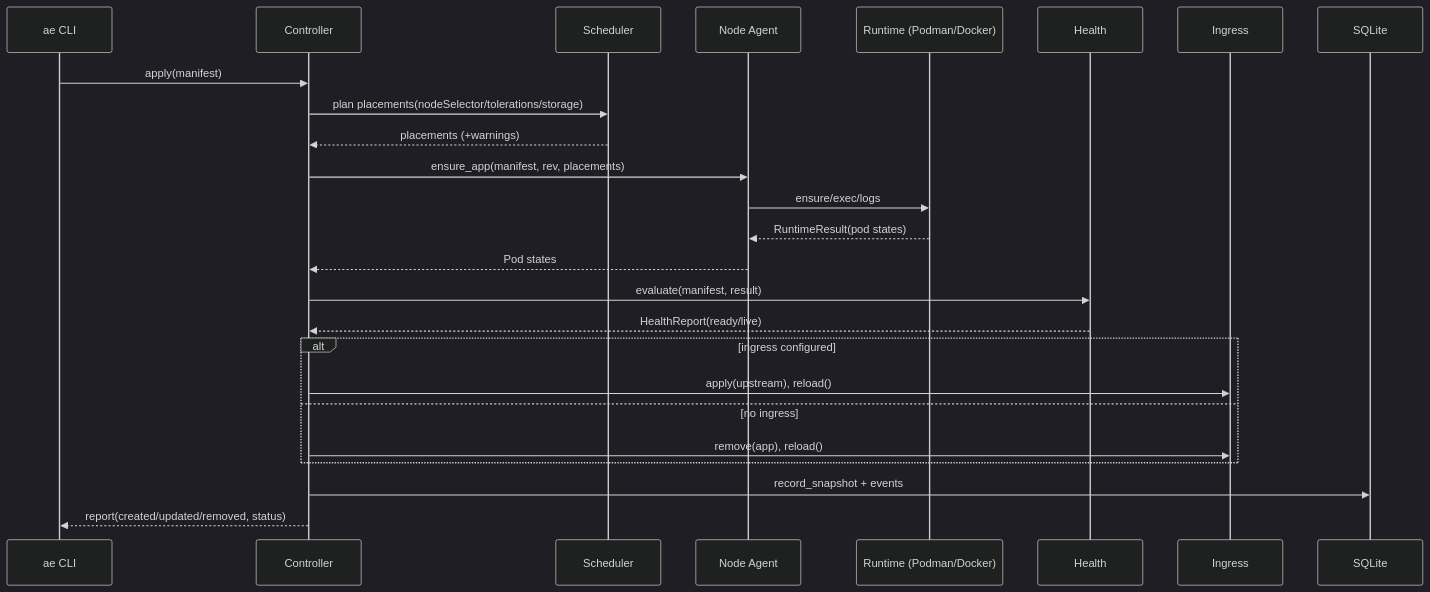
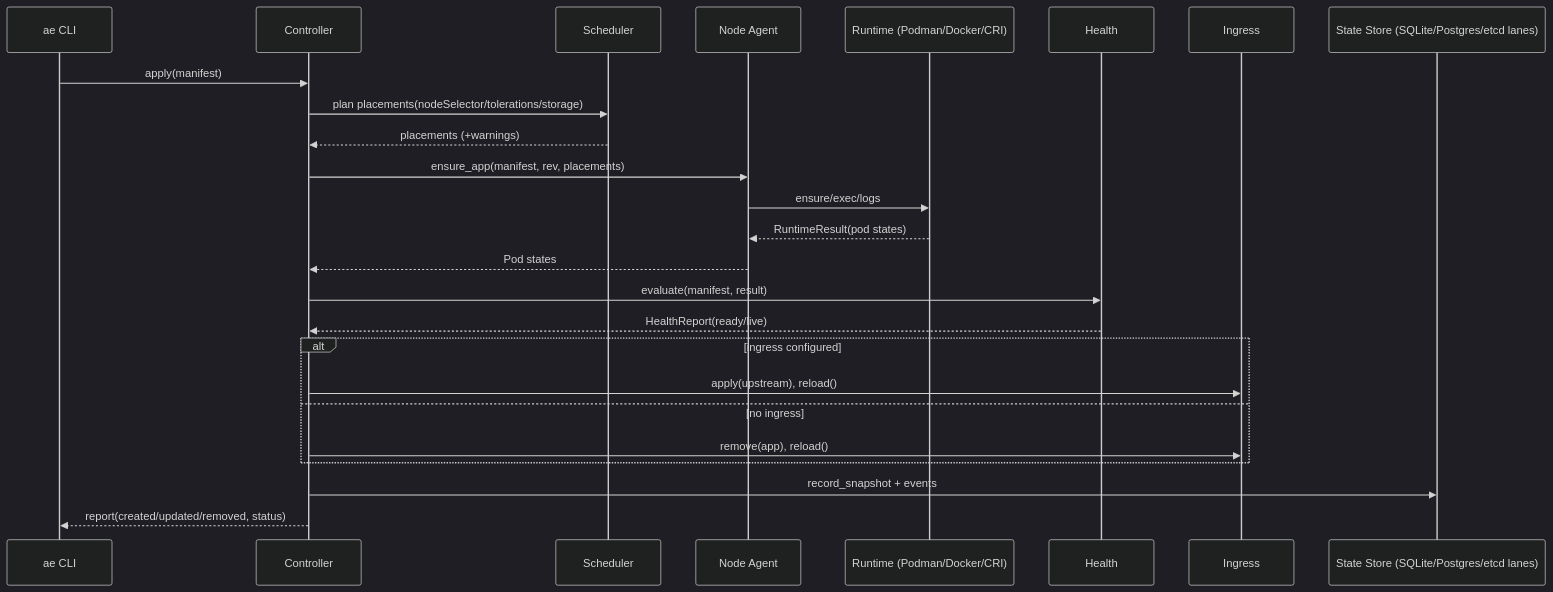
Before and after one commit to the-cm-collective/k1s: the diagram in docs/reference/architecture.md, drawn with Mermaid (dark theme). The commit also changed other lines of this file and 48 other files, not shown here.

````diff
--- a/docs/reference/architecture.md
+++ b/docs/reference/architecture.md
@@ -78,28 +79,28 @@
 ```mermaid
 sequenceDiagram
   participant CLI as ae CLI
   participant C as Controller
   participant SCH as Scheduler
   participant A as Node Agent
-  participant R as Runtime (Podman/Docker)
+  participant R as Runtime (Podman/Docker/CRI)
   participant H as Health
   participant I as Ingress
-  participant S as SQLite
+  participant S as State Store (SQLite/Postgres/etcd lanes)
 
   CLI->>C: apply(manifest)
   C->>SCH: plan placements(nodeSelector/tolerations/storage)
   SCH-->>C: placements (+warnings)
   C->>A: ensure_app(manifest, rev, placements)
   A->>R: ensure/exec/logs
   R-->>A: RuntimeResult(pod states)
   A-->>C: Pod states
   C->>H: evaluate(manifest, result)
   H-->>C: HealthReport(ready/live)
   alt ingress configured
     C->>I: apply(upstream), reload()
   else no ingress
     C->>I: remove(app), reload()
   end
   C->>S: record_snapshot + events
   C-->>CLI: report(created/updated/removed, status)
 ```
````
